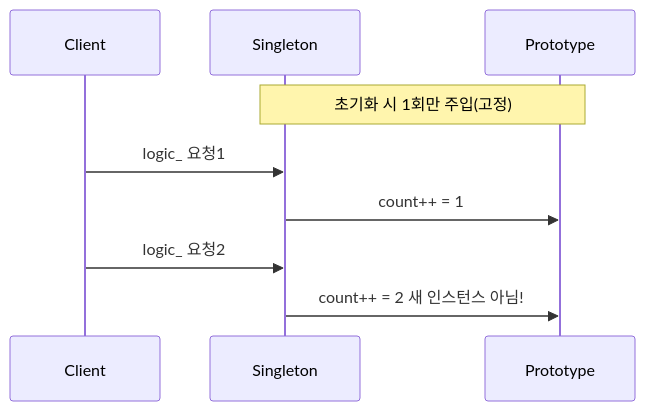
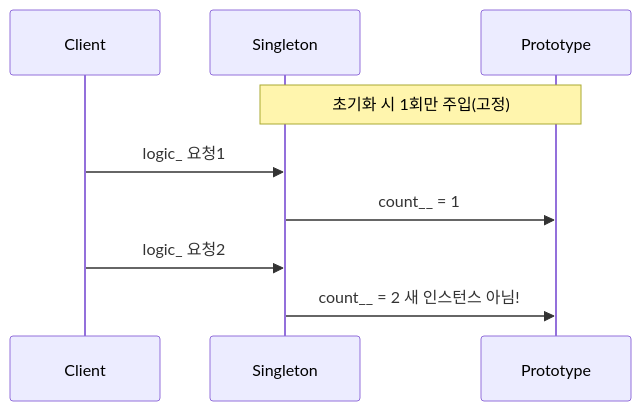
One commit to yjkim2015/yjkim2015.github.io changed the eighth of 13 diagrams in _posts/spring/2026-05-02-spring-core-basic.md. Above: the diagram before and after it, drawn with Mermaid. The commit also changed 38 other files, not shown here.

First line of the commit message:
Mermaid 파싱 에러 최종 수정 + 화살표 간격 확대

````diff
--- a/_posts/spring/2026-05-02-spring-core-basic.md
+++ b/_posts/spring/2026-05-02-spring-core-basic.md
@@ -519,11 +519,11 @@
 ```mermaid
 sequenceDiagram
     participant Client
     participant Singleton
     participant Prototype
     Note over Singleton,Prototype: 초기화 시 1회만 주입(고정)
     Client->>Singleton: logic_ 요청1
-    Singleton->>Prototype: count++ = 1
+    Singleton->>Prototype: count__ = 1
     Client->>Singleton: logic_ 요청2
-    Singleton->>Prototype: count++ = 2 새 인스턴스 아님!
+    Singleton->>Prototype: count__ = 2 새 인스턴스 아님!
 ```
````
